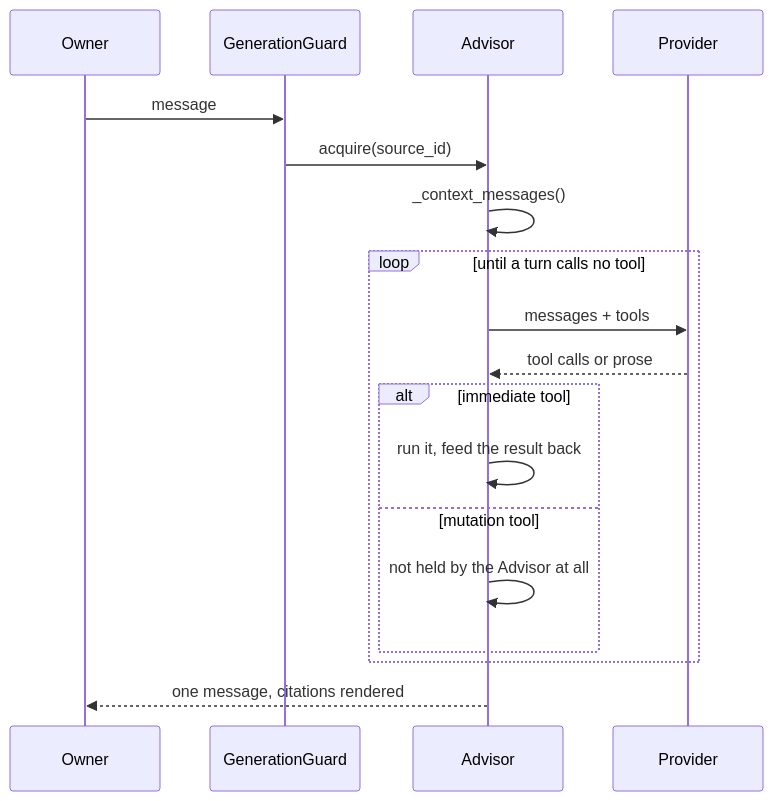
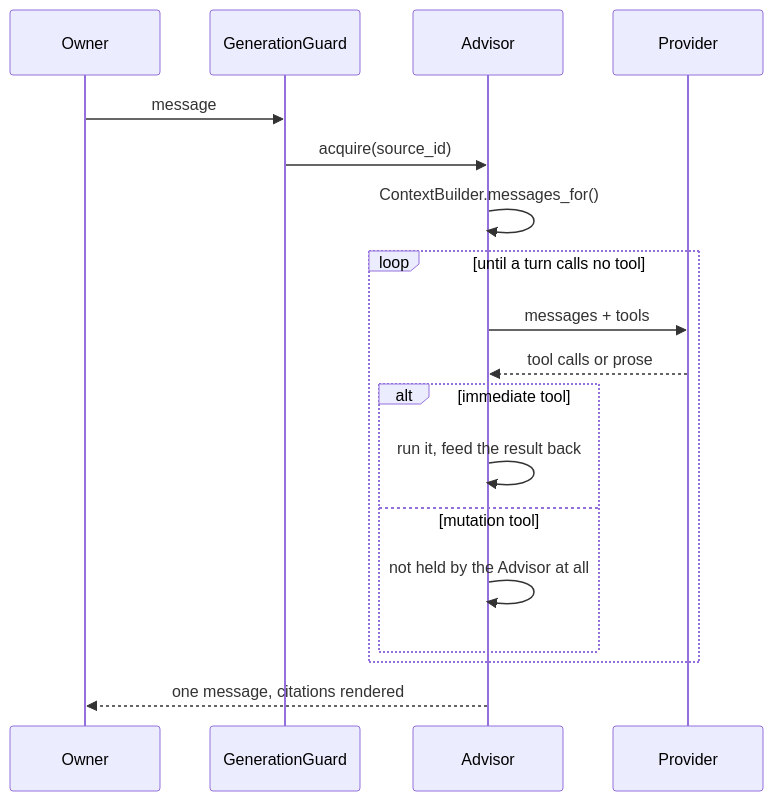
The second of 10 diagrams in docs/AGENT_ARCH.md (myvaheed/tg-ai-safwa), drawn with Mermaid before and after one commit. The commit also changed other lines of this file and 40 other files, not shown here.

````diff
--- a/docs/AGENT_ARCH.md
+++ b/docs/AGENT_ARCH.md
@@ -77,20 +77,20 @@
 ```mermaid
 sequenceDiagram
     participant O as Owner
     participant G as GenerationGuard
     participant A as Advisor
     participant P as Provider
     O->>G: message
     G->>A: acquire(source_id)
-    A->>A: _context_messages()
+    A->>A: ContextBuilder.messages_for()
     loop until a turn calls no tool
         A->>P: messages + tools
         P-->>A: tool calls or prose
         alt immediate tool
             A->>A: run it, feed the result back
         else mutation tool
             A->>A: not held by the Advisor at all
         end
     end
     A-->>O: one message, citations rendered
 ```
````
